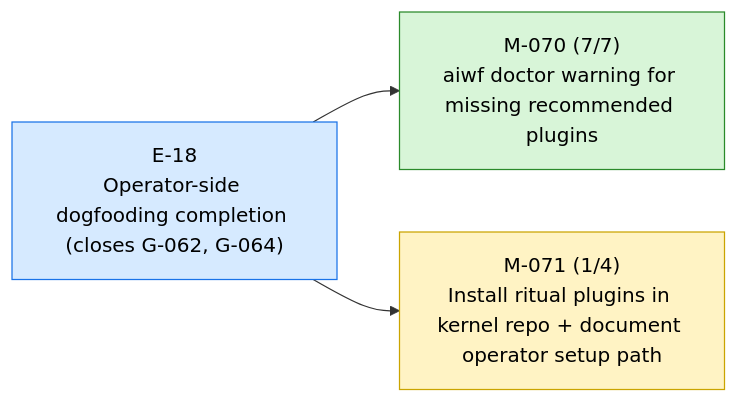
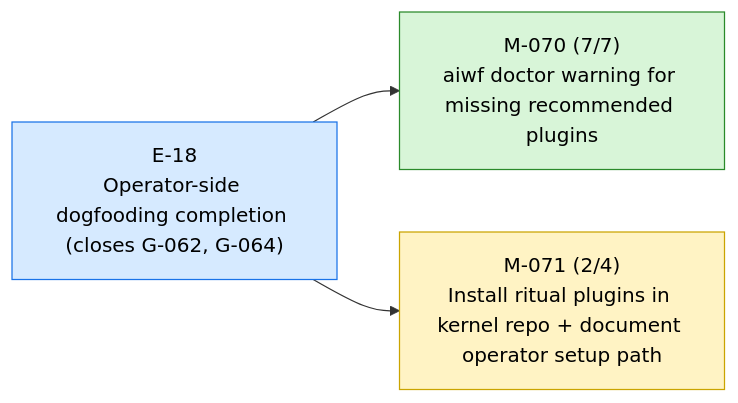
Before and after one commit to 23min/aiwf: the first of 3 diagrams in STATUS.md, drawn with Mermaid. The commit also changed other lines of this file and 1 other file, not shown here.

````diff
--- a/STATUS.md
+++ b/STATUS.md
@@ -12,14 +12,14 @@
 ```mermaid
 flowchart LR
   E_18["E-18<br/>Operator-side dogfooding completion (closes G-062, G-064)"]:::epic_active
   M_070["M-070 (7/7)<br/>aiwf doctor warning for missing recommended plugins"]:::ms_done
   E_18 --> M_070
-  M_071["M-071 (1/4)<br/>Install ritual plugins in kernel repo + document operator setup path"]:::ms_in_progress
+  M_071["M-071 (2/4)<br/>Install ritual plugins in kernel repo + document operator setup path"]:::ms_in_progress
   E_18 --> M_071
   classDef epic_active fill:#d6eaff,stroke:#1a73e8,color:#000
   classDef epic_proposed fill:#f4f4f4,stroke:#888,color:#000
   classDef ms_done fill:#d8f5d8,stroke:#2a8a2a,color:#000
   classDef ms_in_progress fill:#fff3c4,stroke:#caa400,color:#000
   classDef ms_draft fill:#f4f4f4,stroke:#888,color:#000
   classDef ms_cancelled fill:#fbeaea,stroke:#c33,color:#000
 ```
````
